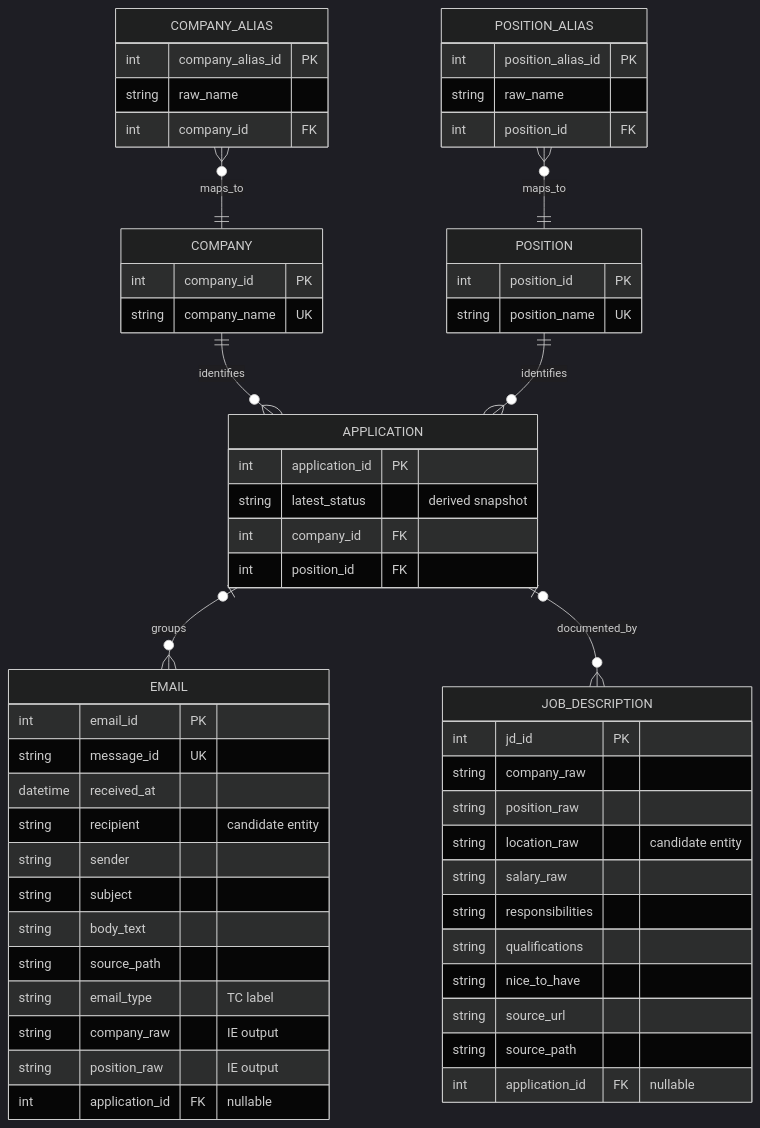
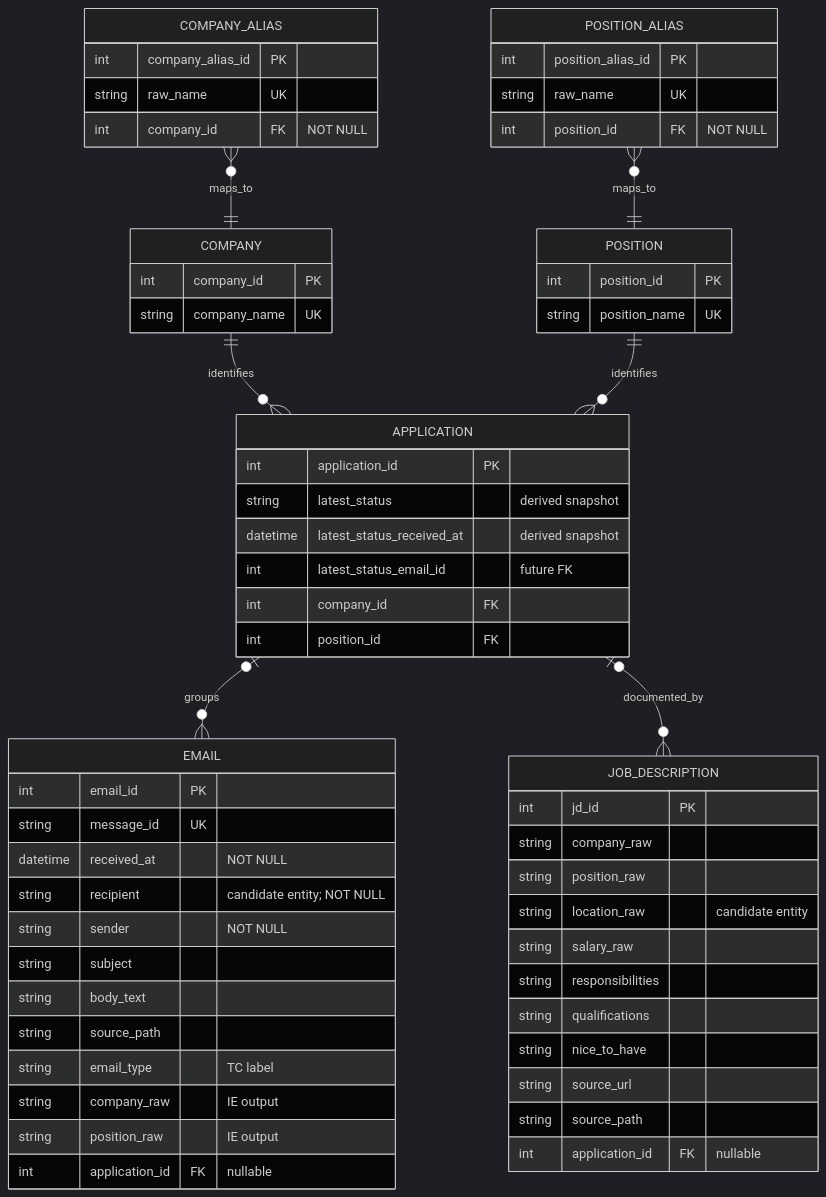
Before and after one commit to Kaichao-Zheng/Heard-Back-Yet: the diagram in docs/logical_schema.md, drawn with Mermaid (dark theme). The commit also changed 8 other files, not shown here.

````diff
--- a/docs/logical_schema.md
+++ b/docs/logical_schema.md
@@ -1,70 +1,72 @@
 ```mermaid
 erDiagram
     COMPANY_ALIAS {
         int company_alias_id PK
-        string raw_name
-        int company_id FK
+        string raw_name UK
+        int company_id FK "NOT NULL"
     }
 
     POSITION_ALIAS {
         int position_alias_id PK
-        string raw_name
-        int position_id FK
+        string raw_name UK
+        int position_id FK "NOT NULL"
     }
 
     COMPANY {
         int company_id PK
         string company_name UK
     }
 
     POSITION {
         int position_id PK
         string position_name UK
     }
 
     APPLICATION {
         int application_id PK
         string latest_status "derived snapshot"
+        datetime latest_status_received_at "derived snapshot"
+        int latest_status_email_id "future FK"
         int company_id FK
         int position_id FK
     }
 
     EMAIL {
         int email_id PK
         string message_id UK
-        datetime received_at
-        string recipient "candidate entity"
-        string sender
+        datetime received_at "NOT NULL"
+        string recipient "candidate entity; NOT NULL"
+        string sender "NOT NULL"
         string subject
         string body_text
         string source_path
         string email_type "TC label"
         string company_raw "IE output"
         string position_raw "IE output"
         int application_id FK "nullable"
     }
 
     JOB_DESCRIPTION {
         int jd_id PK
         string company_raw
         string position_raw
         string location_raw "candidate entity"
         string salary_raw
         string responsibilities
         string qualifications
         string nice_to_have
         string source_url
         string source_path
         int application_id FK "nullable"
     }
 
     
     COMPANY_ALIAS }o--|| COMPANY : maps_to
     POSITION_ALIAS }o--|| POSITION : maps_to
     
     COMPANY ||--o{ APPLICATION : identifies
     POSITION ||--o{ APPLICATION : identifies
 
     APPLICATION |o--o{ EMAIL : groups
     APPLICATION |o--o{ JOB_DESCRIPTION : documented_by
 ```
````
